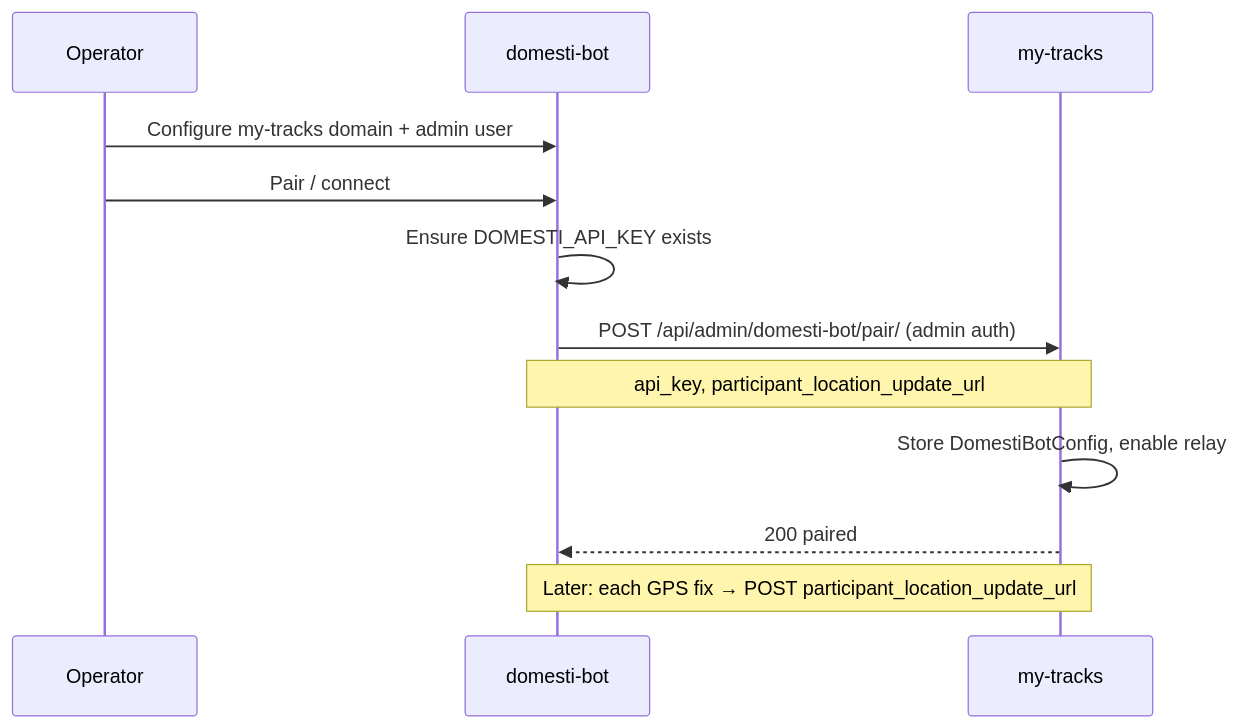
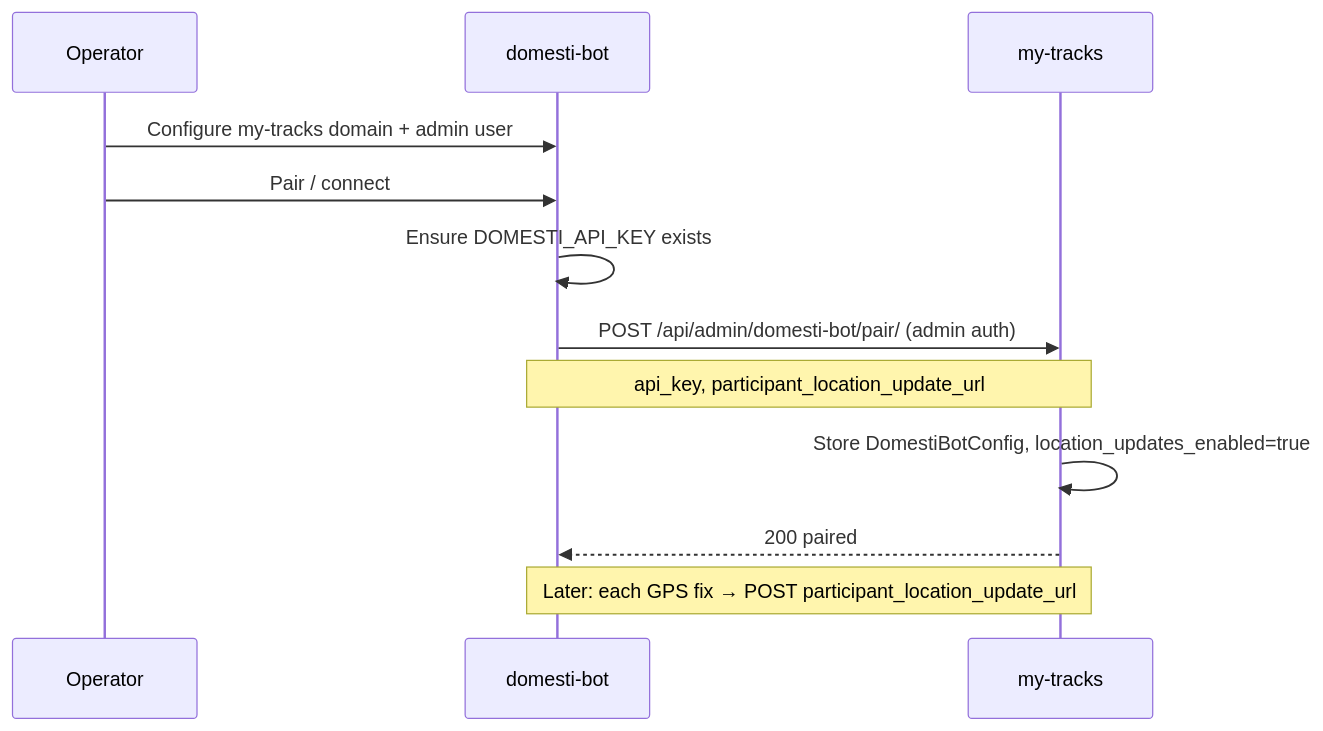
One commit to the-hcma/my-tracks changed the diagram in docs/DOMESTI_BOT_INTEGRATION_PLAN.md. Above: the diagram before and after it, drawn with Mermaid. The commit also changed other lines of this file, not shown here.

Commit message:
docs: location update toggle and recent webhook log

````diff
--- a/docs/DOMESTI_BOT_INTEGRATION_PLAN.md
+++ b/docs/DOMESTI_BOT_INTEGRATION_PLAN.md
@@ -113,15 +134,15 @@
 ```mermaid
 sequenceDiagram
   participant Op as Operator
   participant Bot as domesti-bot
   participant MT as my-tracks
 
   Op->>Bot: Configure my-tracks domain + admin user
   Op->>Bot: Pair / connect
   Bot->>Bot: Ensure DOMESTI_API_KEY exists
   Bot->>MT: POST /api/admin/domesti-bot/pair/ (admin auth)
   Note over Bot,MT: api_key, participant_location_update_url
-  MT->>MT: Store DomestiBotConfig, enable relay
+  MT->>MT: Store DomestiBotConfig, location_updates_enabled=true
   MT-->>Bot: 200 paired
   Note over MT,Bot: Later: each GPS fix → POST participant_location_update_url
 ```
````
